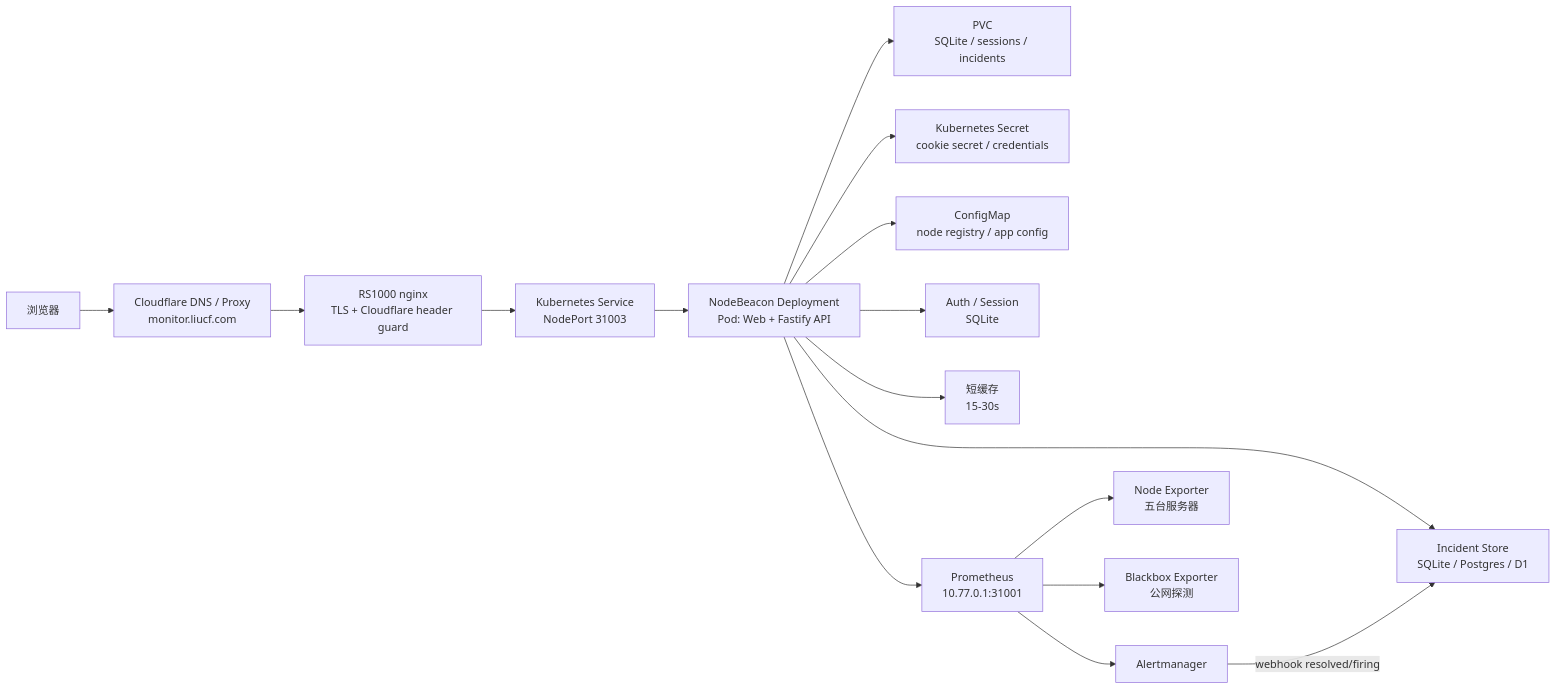
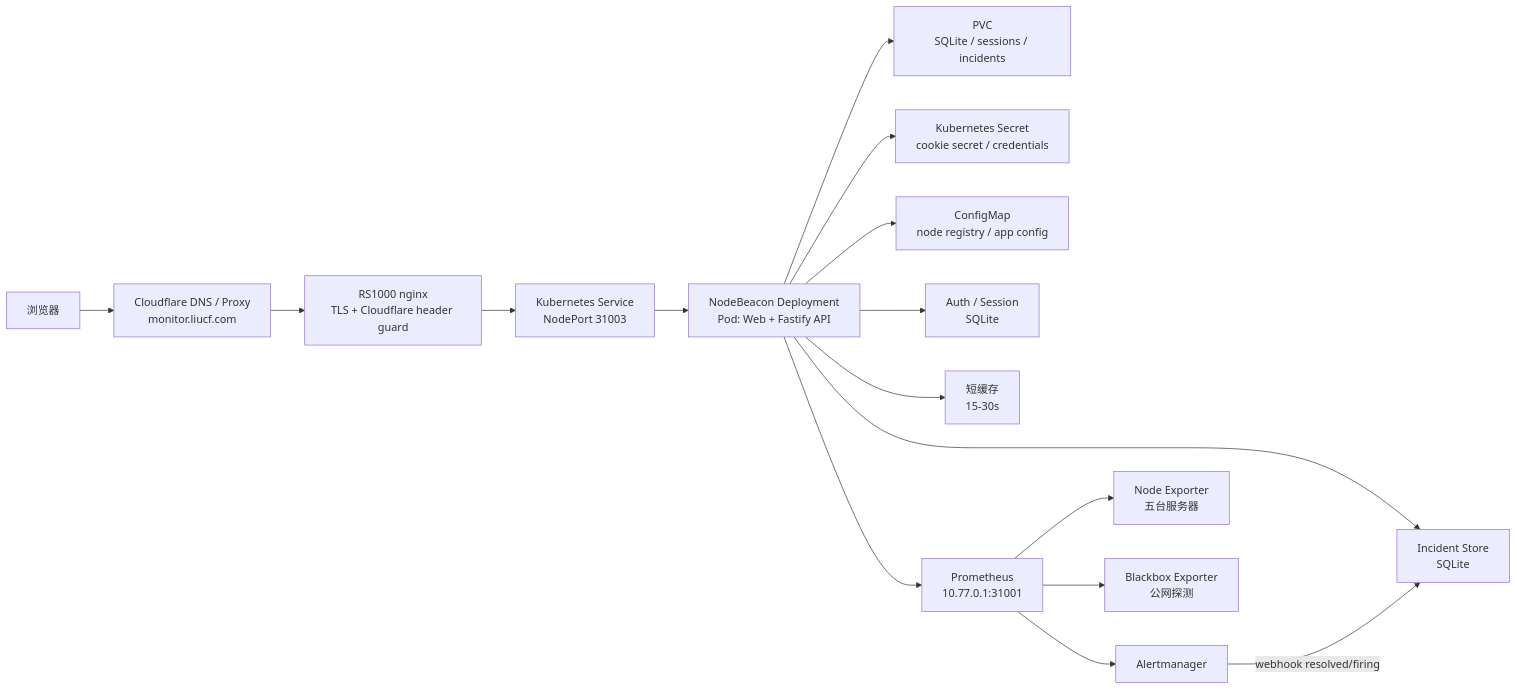
The first of 2 diagrams in docs/development-plan.md (xljya/NodeBeacon), drawn with Mermaid before and after one commit. The commit also changed other lines of this file and 9 other files, not shown here.

````diff
--- a/docs/development-plan.md
+++ b/docs/development-plan.md
@@ -40,31 +41,31 @@
 ```mermaid
 flowchart LR
     user["浏览器"]
     cf["Cloudflare DNS / Proxy<br/>monitor.liucf.com"]
     rsnginx["RS1000 nginx<br/>TLS + Cloudflare header guard"]
     svc["Kubernetes Service<br/>NodePort 31003"]
     pod["NodeBeacon Deployment<br/>Pod: Web + Fastify API"]
     pvc["PVC<br/>SQLite / sessions / incidents"]
     secret["Kubernetes Secret<br/>cookie secret / credentials"]
     cm["ConfigMap<br/>node registry / app config"]
     auth["Auth / Session<br/>SQLite"]
     cache["短缓存<br/>15-30s"]
     prom["Prometheus<br/>10.77.0.1:31001"]
     am["Alertmanager"]
-    incident["Incident Store<br/>SQLite / Postgres / D1"]
+    incident["Incident Store<br/>SQLite"]
     ne["Node Exporter<br/>五台服务器"]
     bb["Blackbox Exporter<br/>公网探测"]
 
     user --> cf --> rsnginx --> svc --> pod
     pod --> auth
     pod --> cache
     pod --> prom
     pod --> incident
     pod --> pvc
     pod --> secret
     pod --> cm
     prom --> am
     prom --> ne
     prom --> bb
     am -->|"webhook resolved/firing"| incident
 ```
````
